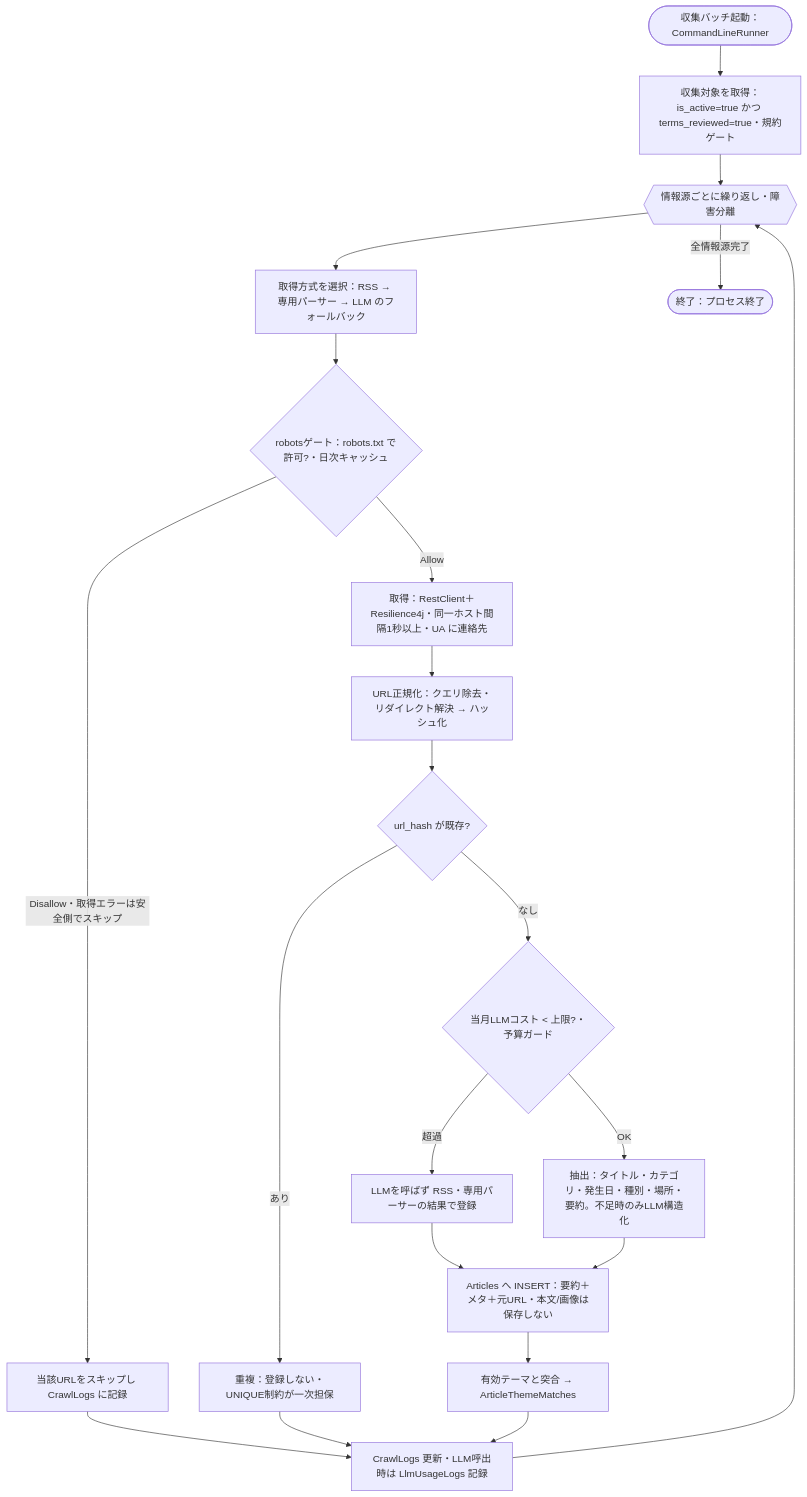
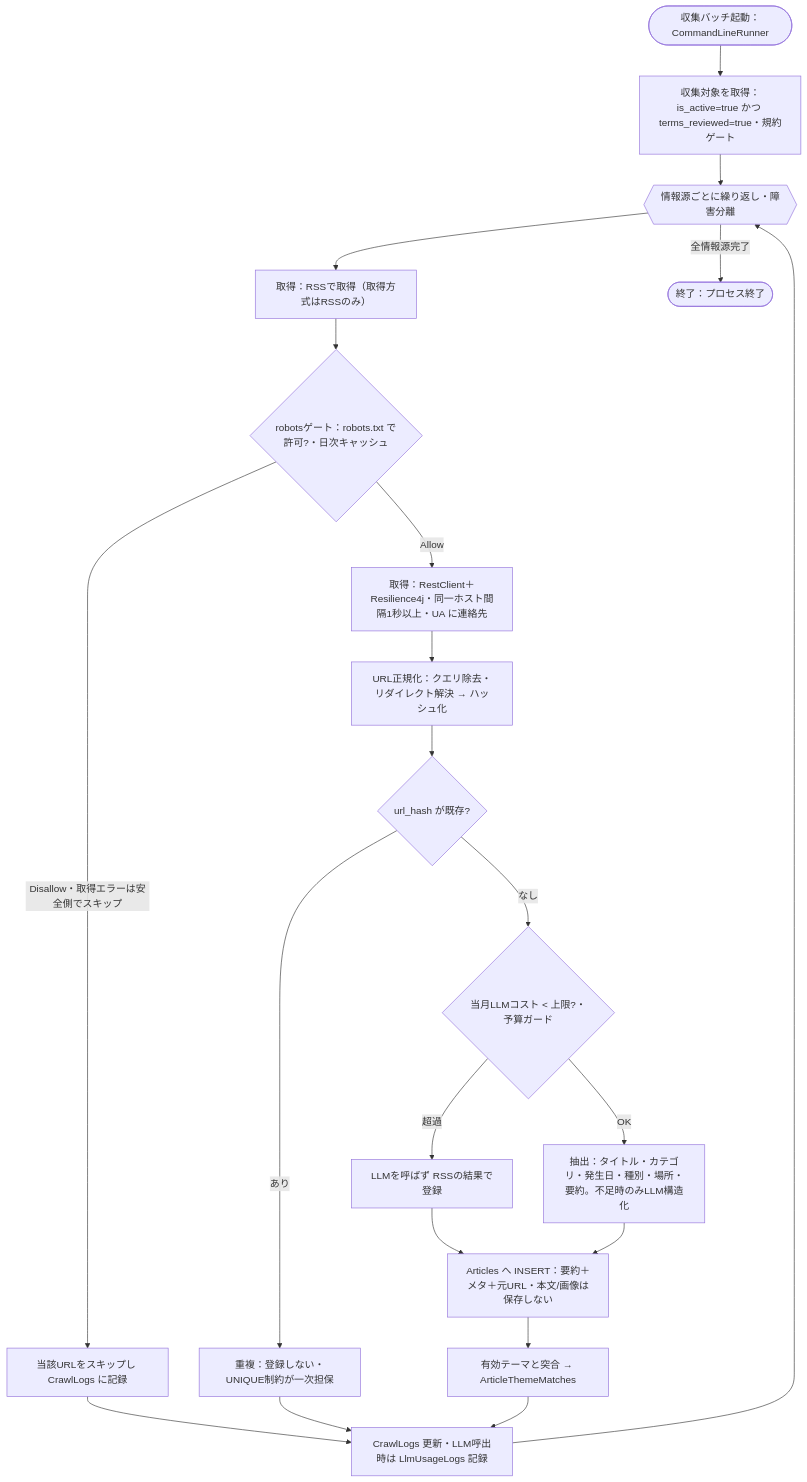
Before and after one commit to niro2ro/webapp-info-aggregator: the first of 2 diagrams in 02_BasicDesign/バッチ設計書.md, drawn with Mermaid. The commit also changed other lines of this file and 23 other files, not shown here.

````diff
--- a/02_BasicDesign/バッチ設計書.md
+++ b/02_BasicDesign/バッチ設計書.md
@@ -55,23 +55,23 @@
 ```mermaid
 flowchart TD
     S(["収集バッチ起動：CommandLineRunner"]) --> L1["収集対象を取得：is_active=true かつ terms_reviewed=true・規約ゲート"]
     L1 --> LOOP{{"情報源ごとに繰り返し・障害分離"}}
-    LOOP --> F1["取得方式を選択：RSS → 専用パーサー → LLM のフォールバック"]
+    LOOP --> F1["取得：RSSで取得（取得方式はRSSのみ）"]
     F1 --> R1{"robotsゲート：robots.txt で許可?・日次キャッシュ"}
     R1 -->|Disallow・取得エラーは安全側でスキップ| SKIP["当該URLをスキップし CrawlLogs に記録"]
     R1 -->|Allow| G1["取得：RestClient＋Resilience4j・同一ホスト間隔1秒以上・UA に連絡先"]
     G1 --> N1["URL正規化：クエリ除去・リダイレクト解決 → ハッシュ化"]
     N1 --> D1{"url_hash が既存?"}
     D1 -->|あり| DUP["重複：登録しない・UNIQUE制約が一次担保"]
     D1 -->|なし| B1{"当月LLMコスト < 上限?・予算ガード"}
-    B1 -->|超過| X1["LLMを呼ばず RSS・専用パーサーの結果で登録"]
+    B1 -->|超過| X1["LLMを呼ばず RSSの結果で登録"]
     B1 -->|OK| E1["抽出：タイトル・カテゴリ・発生日・種別・場所・要約。不足時のみLLM構造化"]
     X1 --> INS["Articles へ INSERT：要約＋メタ＋元URL・本文/画像は保存しない"]
     E1 --> INS
     INS --> M1["有効テーマと突合 → ArticleThemeMatches"]
     M1 --> LOG["CrawlLogs 更新・LLM呼出時は LlmUsageLogs 記録"]
     SKIP --> LOG
     DUP --> LOG
     LOG --> LOOP
     LOOP -->|全情報源完了| END(["終了：プロセス終了"])
 ```
````
